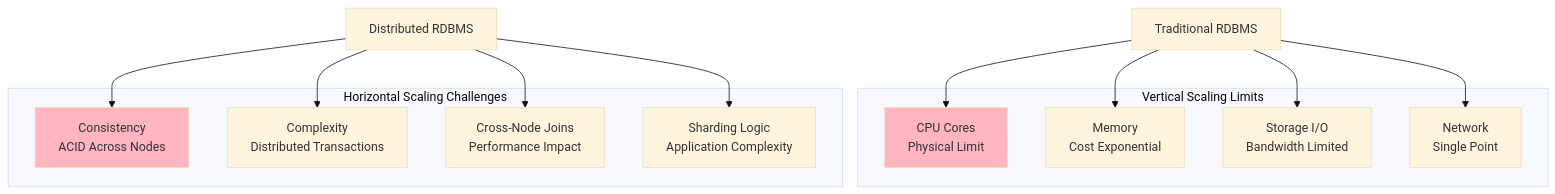
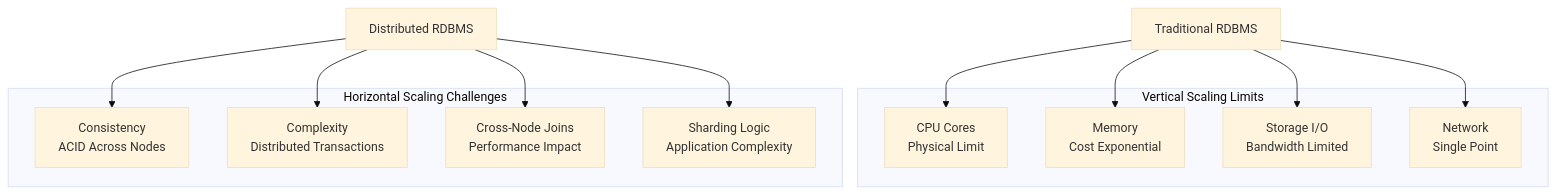
One commit to Ritahchanger/system_design changed the sixth of 8 diagrams in databases/docs/relational.md. Above: the diagram before and after it, drawn with Mermaid (base theme). The commit also changed other lines of this file and 5 other files, not shown here.

Commit message:
Updated visual diagrams and added readme for database case studies

````diff
--- a/databases/docs/relational.md
+++ b/databases/docs/relational.md
@@ -272,29 +260,27 @@
 ```mermaid
 graph TB
     subgraph "Vertical Scaling Limits"
         CPU[CPU Cores<br/>Physical Limit]
         RAM[Memory<br/>Cost Exponential]
         Storage[Storage I/O<br/>Bandwidth Limited]
         Network[Network<br/>Single Point]
     end
     
     subgraph "Horizontal Scaling Challenges"
         Consistency[Consistency<br/>ACID Across Nodes]
         Complexity[Complexity<br/>Distributed Transactions]
         Joins[Cross-Node Joins<br/>Performance Impact]
         Sharding[Sharding Logic<br/>Application Complexity]
     end
     
     RDBMS[Traditional RDBMS] --> CPU
     RDBMS --> RAM
     RDBMS --> Storage
     RDBMS --> Network
     
     DistributedRDBMS[Distributed RDBMS] --> Consistency
     DistributedRDBMS --> Complexity
     DistributedRDBMS --> Joins
     DistributedRDBMS --> Sharding
-    
-    style CPU fill:#FFB6C1
-    style Consistency fill:#FFB6C1
+
 ```
````
